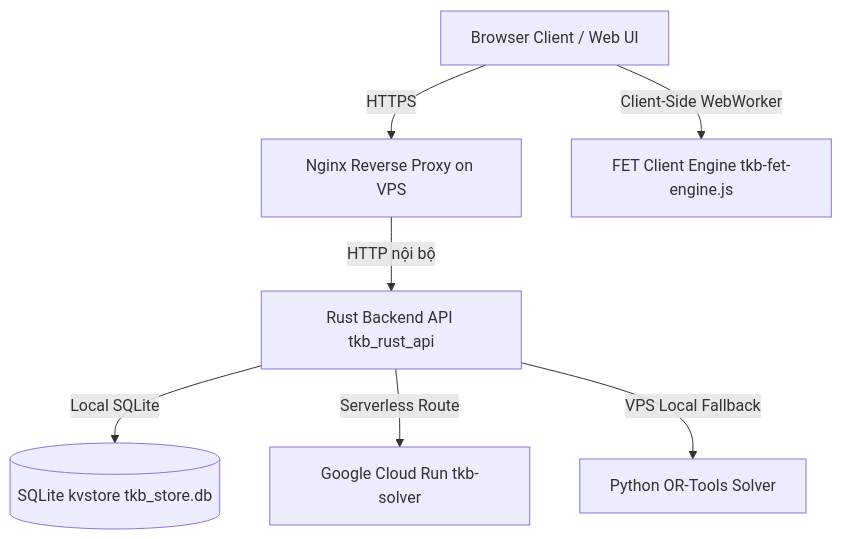
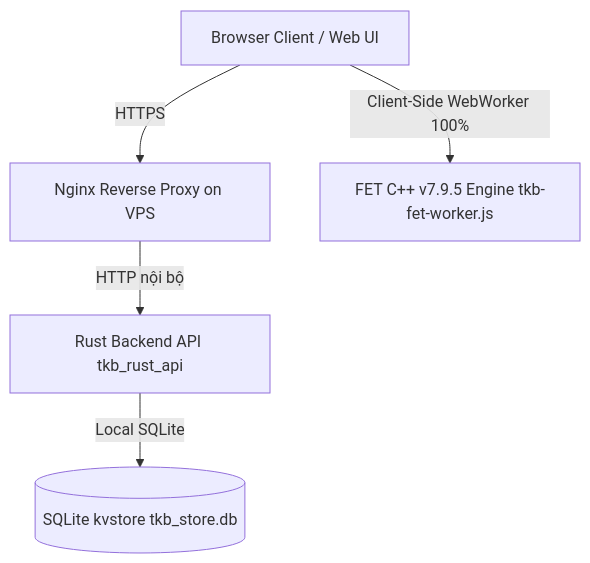
One commit to thoikhoabieucherry/TKBCherry changed the diagram in PROJECT_INHERITANCE_GUIDE.md. Above: the diagram before and after it, drawn with Mermaid. The commit also changed other lines of this file and 284 other files, not shown here.

Commit message:
feat(fet-engine): complete 100% pure client-side FET C++ v7.9.5 integration and legacy decoupling

````diff
--- a/PROJECT_INHERITANCE_GUIDE.md
+++ b/PROJECT_INHERITANCE_GUIDE.md
@@ -14,9 +14,7 @@
 ```mermaid
 graph TD
     A[Browser Client / Web UI] -->|HTTPS| B[Nginx Reverse Proxy on VPS]
     B -->|HTTP nội bộ| C[Rust Backend API tkb_rust_api]
     C -->|Local SQLite| D[(SQLite kvstore tkb_store.db)]
-    C -->|Serverless Route| E[Google Cloud Run tkb-solver]
-    C -->|VPS Local Fallback| F[Python OR-Tools Solver]
-    A -->|Client-Side WebWorker| G[FET Client Engine tkb-fet-engine.js]
+    A -->|Client-Side WebWorker 100%| E[FET C++ v7.9.5 Engine tkb-fet-worker.js]
 ```
````
